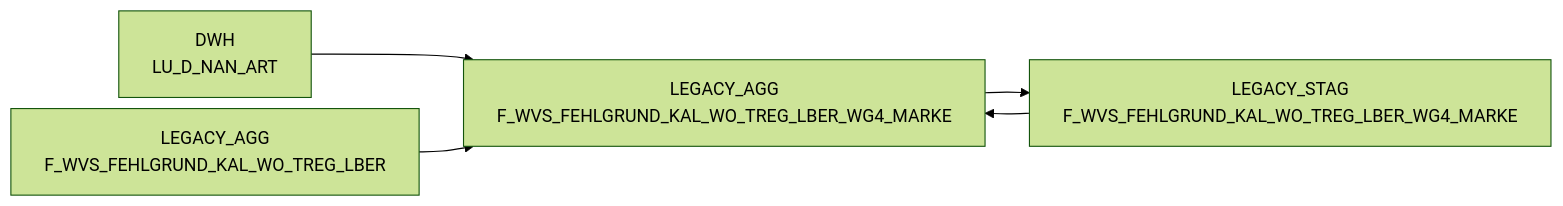
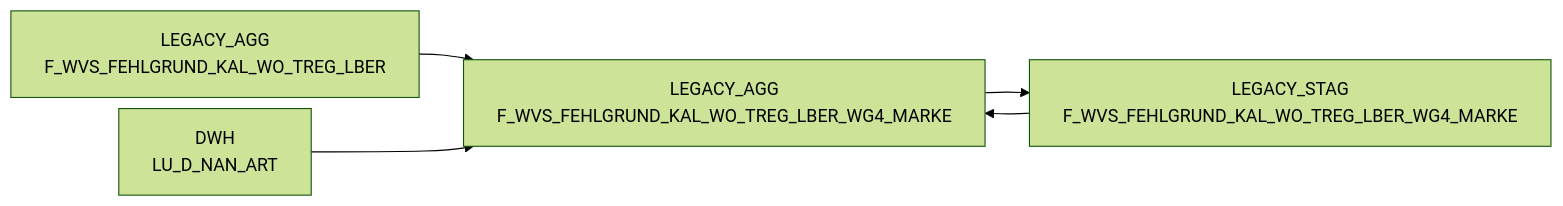
Before and after one commit to integration-factory-de/sas_code_docs: the diagram in docs/Tables/LEGACY_AGG/F_WVS_FEHLGRUND_KAL_WO_TREG_LBER_WG4_MARKE.md, drawn with Mermaid (forest theme). The commit also changed other lines of this file and 129 other files, not shown here.

````diff
--- a/docs/Tables/LEGACY_AGG/F_WVS_FEHLGRUND_KAL_WO_TREG_LBER_WG4_MARKE.md
+++ b/docs/Tables/LEGACY_AGG/F_WVS_FEHLGRUND_KAL_WO_TREG_LBER_WG4_MARKE.md
@@ -31,18 +19,18 @@
 ```mermaid
 %%{init: {'flowchart': { 'nodeSpacing': 10, 'rankSpacing': 40, 'rankdir': 'TB' }}}%%
 
 flowchart LR
 
+  LEGACY_AGG.F_WVS_FEHLGRUND_KAL_WO_TREG_LBER["LEGACY_AGG<br/>F_WVS_FEHLGRUND_KAL_WO_TREG_LBER"] --> LEGACY_AGG.F_WVS_FEHLGRUND_KAL_WO_TREG_LBER_WG4_MARKE["LEGACY_AGG<br/>F_WVS_FEHLGRUND_KAL_WO_TREG_LBER_WG4_MARKE"]
   DWH.LU_D_NAN_ART["DWH<br/>LU_D_NAN_ART"] --> LEGACY_AGG.F_WVS_FEHLGRUND_KAL_WO_TREG_LBER_WG4_MARKE["LEGACY_AGG<br/>F_WVS_FEHLGRUND_KAL_WO_TREG_LBER_WG4_MARKE"]
+  LEGACY_AGG.F_WVS_FEHLGRUND_KAL_WO_TREG_LBER_WG4_MARKE["LEGACY_AGG<br/>F_WVS_FEHLGRUND_KAL_WO_TREG_LBER_WG4_MARKE"] --> LEGACY_STAG.F_WVS_FEHLGRUND_KAL_WO_TREG_LBER_WG4_MARKE["LEGACY_STAG<br/>F_WVS_FEHLGRUND_KAL_WO_TREG_LBER_WG4_MARKE"]
   LEGACY_STAG.F_WVS_FEHLGRUND_KAL_WO_TREG_LBER_WG4_MARKE["LEGACY_STAG<br/>F_WVS_FEHLGRUND_KAL_WO_TREG_LBER_WG4_MARKE"] --> LEGACY_AGG.F_WVS_FEHLGRUND_KAL_WO_TREG_LBER_WG4_MARKE["LEGACY_AGG<br/>F_WVS_FEHLGRUND_KAL_WO_TREG_LBER_WG4_MARKE"]
-  LEGACY_AGG.F_WVS_FEHLGRUND_KAL_WO_TREG_LBER_WG4_MARKE["LEGACY_AGG<br/>F_WVS_FEHLGRUND_KAL_WO_TREG_LBER_WG4_MARKE"] --> LEGACY_STAG.F_WVS_FEHLGRUND_KAL_WO_TREG_LBER_WG4_MARKE["LEGACY_STAG<br/>F_WVS_FEHLGRUND_KAL_WO_TREG_LBER_WG4_MARKE"]
-  LEGACY_AGG.F_WVS_FEHLGRUND_KAL_WO_TREG_LBER["LEGACY_AGG<br/>F_WVS_FEHLGRUND_KAL_WO_TREG_LBER"] --> LEGACY_AGG.F_WVS_FEHLGRUND_KAL_WO_TREG_LBER_WG4_MARKE["LEGACY_AGG<br/>F_WVS_FEHLGRUND_KAL_WO_TREG_LBER_WG4_MARKE"]
+  click LEGACY_AGG.F_WVS_FEHLGRUND_KAL_WO_TREG_LBER "../../tables/LEGACY_AGG/F_WVS_FEHLGRUND_KAL_WO_TREG_LBER"
   click DWH.LU_D_NAN_ART "../../tables/DWH/LU_D_NAN_ART"
+  click LEGACY_AGG.F_WVS_FEHLGRUND_KAL_WO_TREG_LBER_WG4_MARKE "../../tables/LEGACY_AGG/F_WVS_FEHLGRUND_KAL_WO_TREG_LBER_WG4_MARKE"
   click LEGACY_STAG.F_WVS_FEHLGRUND_KAL_WO_TREG_LBER_WG4_MARKE "../../tables/LEGACY_STAG/F_WVS_FEHLGRUND_KAL_WO_TREG_LBER_WG4_MARKE"
-  click LEGACY_AGG.F_WVS_FEHLGRUND_KAL_WO_TREG_LBER_WG4_MARKE "../../tables/LEGACY_AGG/F_WVS_FEHLGRUND_KAL_WO_TREG_LBER_WG4_MARKE"
-  click LEGACY_AGG.F_WVS_FEHLGRUND_KAL_WO_TREG_LBER "../../tables/LEGACY_AGG/F_WVS_FEHLGRUND_KAL_WO_TREG_LBER"
   click LEGACY_AGG.F_WVS_FEHLGRUND_KAL_WO_TREG_LBER_WG4_MARKE "../../tables/LEGACY_AGG/F_WVS_FEHLGRUND_KAL_WO_TREG_LBER_WG4_MARKE"
   click LEGACY_AGG.F_WVS_FEHLGRUND_KAL_WO_TREG_LBER_WG4_MARKE "../../tables/LEGACY_AGG/F_WVS_FEHLGRUND_KAL_WO_TREG_LBER_WG4_MARKE"
   click LEGACY_STAG.F_WVS_FEHLGRUND_KAL_WO_TREG_LBER_WG4_MARKE "../../tables/LEGACY_STAG/F_WVS_FEHLGRUND_KAL_WO_TREG_LBER_WG4_MARKE"
   click LEGACY_AGG.F_WVS_FEHLGRUND_KAL_WO_TREG_LBER_WG4_MARKE "../../tables/LEGACY_AGG/F_WVS_FEHLGRUND_KAL_WO_TREG_LBER_WG4_MARKE"
 ```
````
